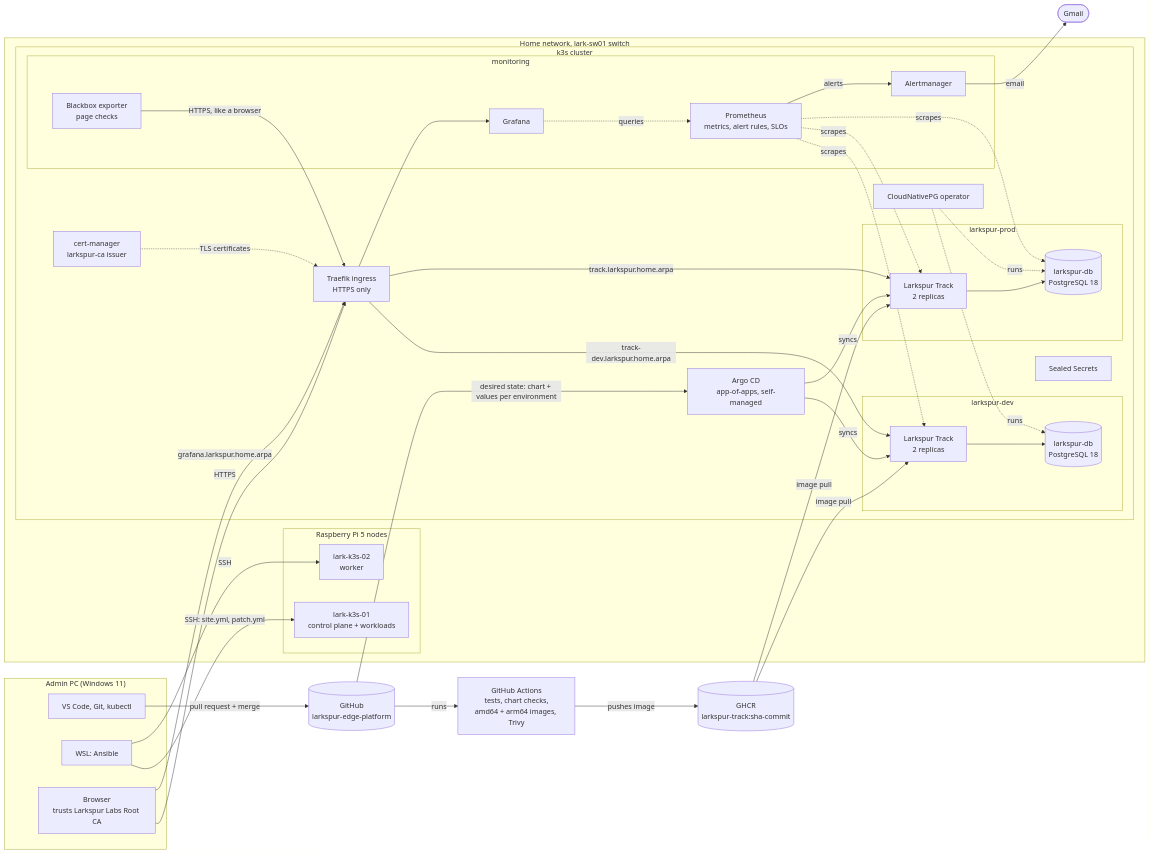
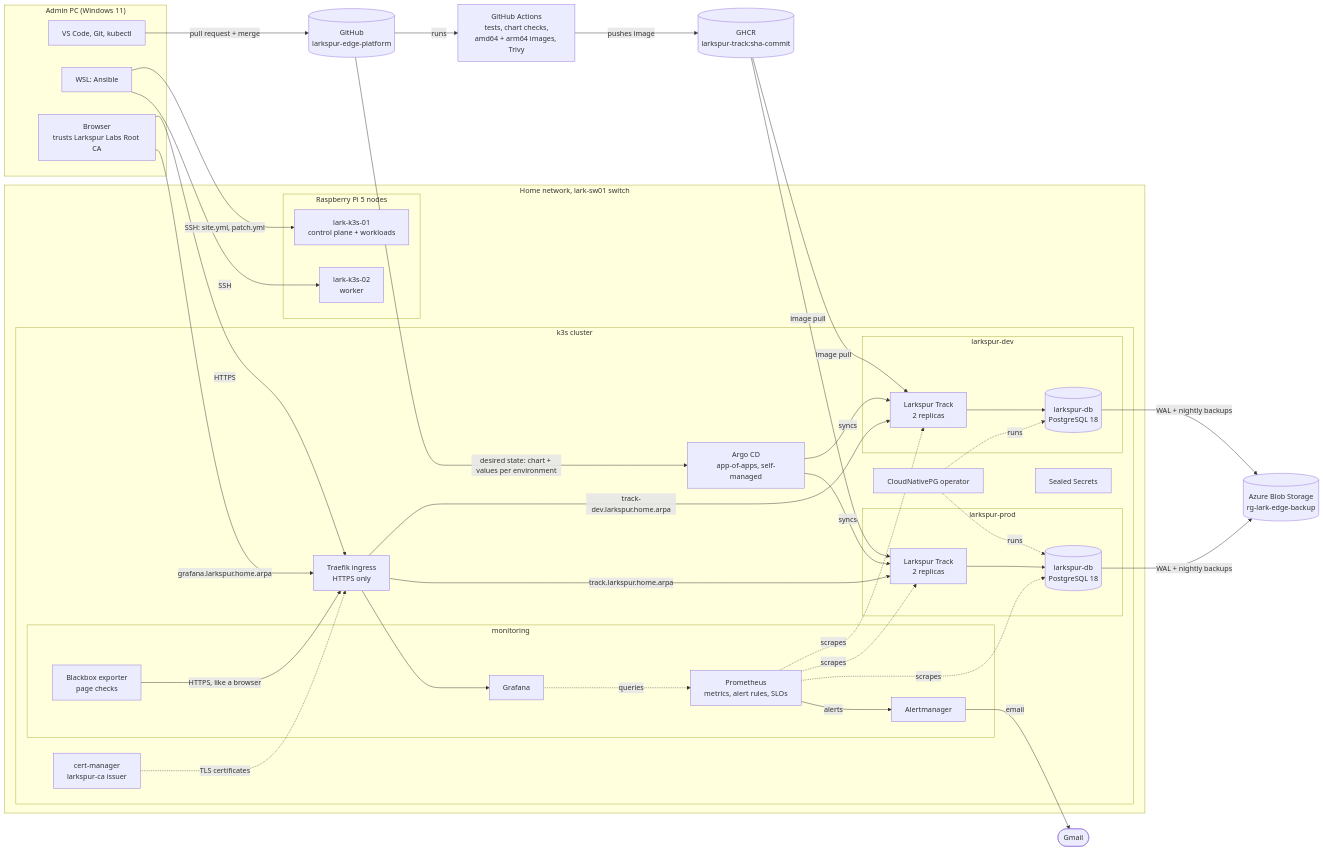
Before and after one commit to ChefBoyRJeff/larkspur-edge-platform: the diagram in README.md, drawn with Mermaid. The commit also changed other lines of this file, not shown here.

Commit message:
docs(readme): describe backups to Azure

````diff
--- a/README.md
+++ b/README.md
@@ -17,68 +17,71 @@
 ```mermaid
 flowchart LR
   subgraph PC["Admin PC (Windows 11)"]
     dev["VS Code, Git, kubectl"]
     wsl["WSL: Ansible"]
     browser["Browser<br/>trusts Larkspur Labs Root CA"]
   end
 
   gh[("GitHub<br/>larkspur-edge-platform")]
+  blob[("Azure Blob Storage<br/>rg-lark-edge-backup")]
   actions["GitHub Actions<br/>tests, chart checks,<br/>amd64 + arm64 images, Trivy"]
   ghcr[("GHCR<br/>larkspur-track:sha-commit")]
 
   subgraph SITE["Home network, lark-sw01 switch"]
     subgraph NODES["Raspberry Pi 5 nodes"]
       n1["lark-k3s-01<br/>control plane + workloads"]
       n2["lark-k3s-02<br/>worker"]
     end
     subgraph K3S["k3s cluster"]
       argocd["Argo CD<br/>app-of-apps, self-managed"]
       cm["cert-manager<br/>larkspur-ca issuer"]
       ss["Sealed Secrets"]
       cnpg["CloudNativePG operator"]
       traefik["Traefik ingress<br/>HTTPS only"]
       subgraph MON["monitoring"]
         prom["Prometheus<br/>metrics, alert rules, SLOs"]
         am["Alertmanager"]
         grafana["Grafana"]
         bbx["Blackbox exporter<br/>page checks"]
       end
       subgraph DEVNS["larkspur-dev"]
         devapp["Larkspur Track<br/>2 replicas"]
         devdb[("larkspur-db<br/>PostgreSQL 18")]
       end
       subgraph PRODNS["larkspur-prod"]
         prodapp["Larkspur Track<br/>2 replicas"]
         proddb[("larkspur-db<br/>PostgreSQL 18")]
       end
     end
   end
 
   dev -->|"pull request + merge"| gh
   gh -->|"runs"| actions
   actions -->|"pushes image"| ghcr
   gh -->|"desired state: chart + values per environment"| argocd
   argocd -->|"syncs"| devapp
   argocd -->|"syncs"| prodapp
   ghcr -->|"image pull"| devapp
   ghcr -->|"image pull"| prodapp
   cnpg -.->|"runs"| devdb
   cnpg -.->|"runs"| proddb
+  devdb -->|"WAL + nightly backups"| blob
+  proddb -->|"WAL + nightly backups"| blob
   devapp --> devdb
   prodapp --> proddb
   wsl -->|"SSH: site.yml, patch.yml"| n1
   wsl -->|"SSH"| n2
   browser -->|"HTTPS"| traefik
   traefik -->|"track-dev.larkspur.home.arpa"| devapp
   traefik -->|"track.larkspur.home.arpa"| prodapp
   cm -.->|"TLS certificates"| traefik
   prom -.->|"scrapes"| devapp
   prom -.->|"scrapes"| prodapp
   prom -.->|"scrapes"| proddb
   bbx -->|"HTTPS, like a browser"| traefik
   prom -->|"alerts"| am
   am -->|"email"| gmail(["Gmail"])
   browser -->|"grafana.larkspur.home.arpa"| traefik
   traefik --> grafana
   grafana -.->|"queries"| prom
 ```
````
